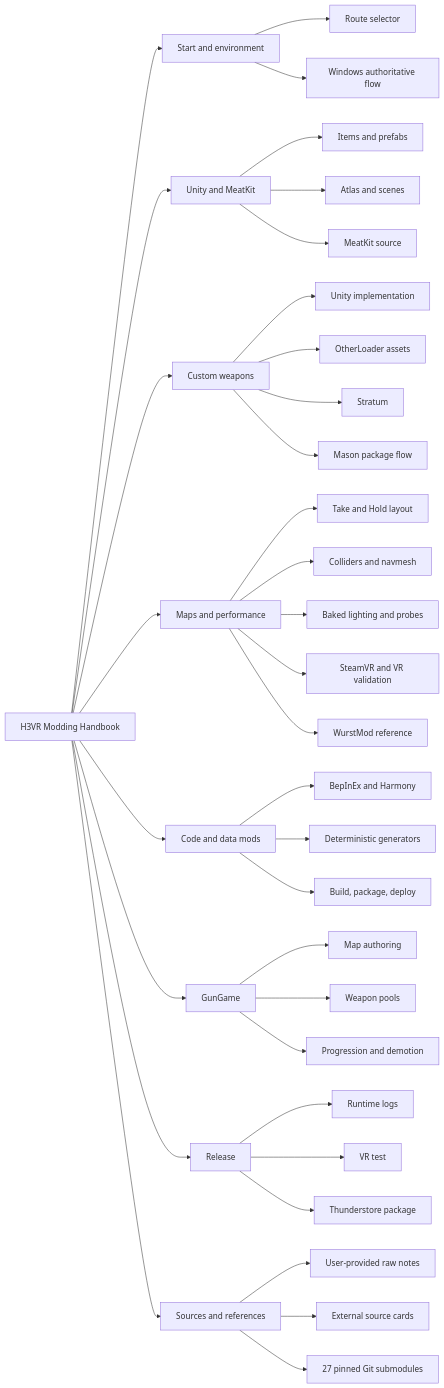
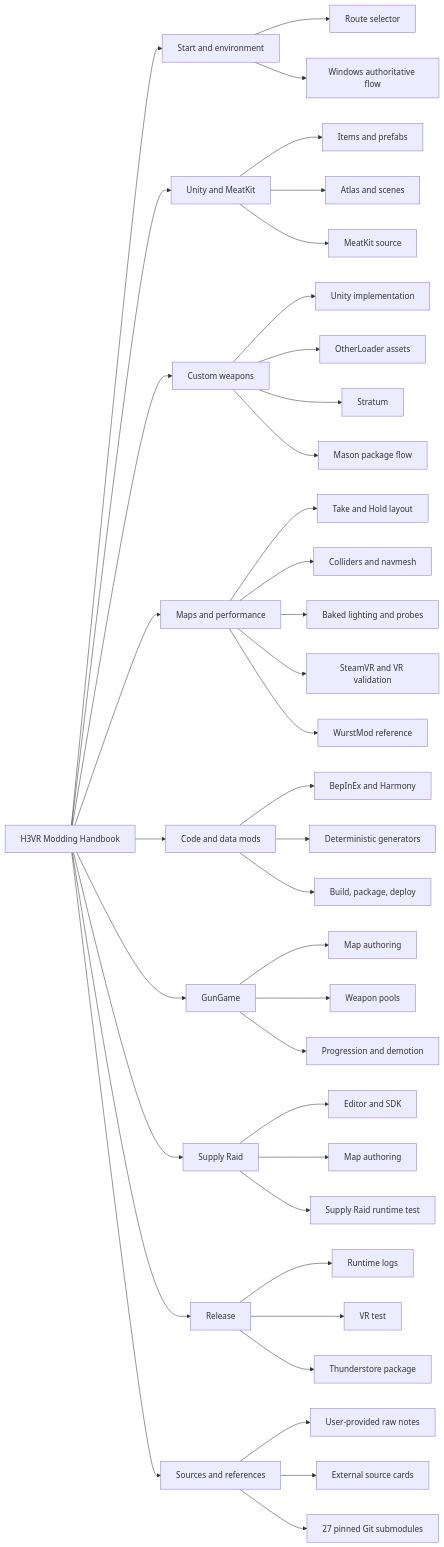
One commit to haohlin/H3VR-modding-handbook changed the diagram in docs/navigation/mind-map.md. Above: the diagram before and after it, drawn with Mermaid. The commit also changed 8 other files, not shown here.

Commit message:
docs: add Supply Raid map route

```diff
--- a/docs/navigation/mind-map.md
+++ b/docs/navigation/mind-map.md
@@ -6,46 +6,51 @@
 ~~~mermaid
 flowchart LR
   handbook[H3VR Modding Handbook]
 
   handbook --> start[Start and environment]
   start --> selector[Route selector]
   start --> boundary[Windows authoritative flow]
 
   handbook --> unity[Unity and MeatKit]
   unity --> item[Items and prefabs]
   unity --> atlas[Atlas and scenes]
   unity --> meatkit[MeatKit source]
 
   handbook --> weapons[Custom weapons]
   weapons --> implementation[Unity implementation]
   weapons --> otherloader[OtherLoader assets]
   weapons --> stratum[Stratum]
   weapons --> mason[Mason package flow]
 
   handbook --> maps[Maps and performance]
   maps --> tnh[Take and Hold layout]
   maps --> physics[Colliders and navmesh]
   maps --> lighting[Baked lighting and probes]
   maps --> profiling[SteamVR and VR validation]
   maps --> wurstmod[WurstMod reference]
 
   handbook --> code[Code and data mods]
   code --> bepinex[BepInEx and Harmony]
   code --> generator[Deterministic generators]
   code --> package[Build, package, deploy]
 
   handbook --> gungame[GunGame]
   gungame --> gungameMap[Map authoring]
   gungame --> pools[Weapon pools]
   gungame --> progression[Progression and demotion]
 
+  handbook --> supplyraid[Supply Raid]
+  supplyraid --> srEditor[Editor and SDK]
+  supplyraid --> srMap[Map authoring]
+  supplyraid --> srTest[Supply Raid runtime test]
+
   handbook --> release[Release]
   release --> logs[Runtime logs]
   release --> vrtest[VR test]
   release --> thunderstore[Thunderstore package]
 
   handbook --> sources[Sources and references]
   sources --> raw[User-provided raw notes]
   sources --> cards[External source cards]
   sources --> git[27 pinned Git submodules]
 ~~~
```
